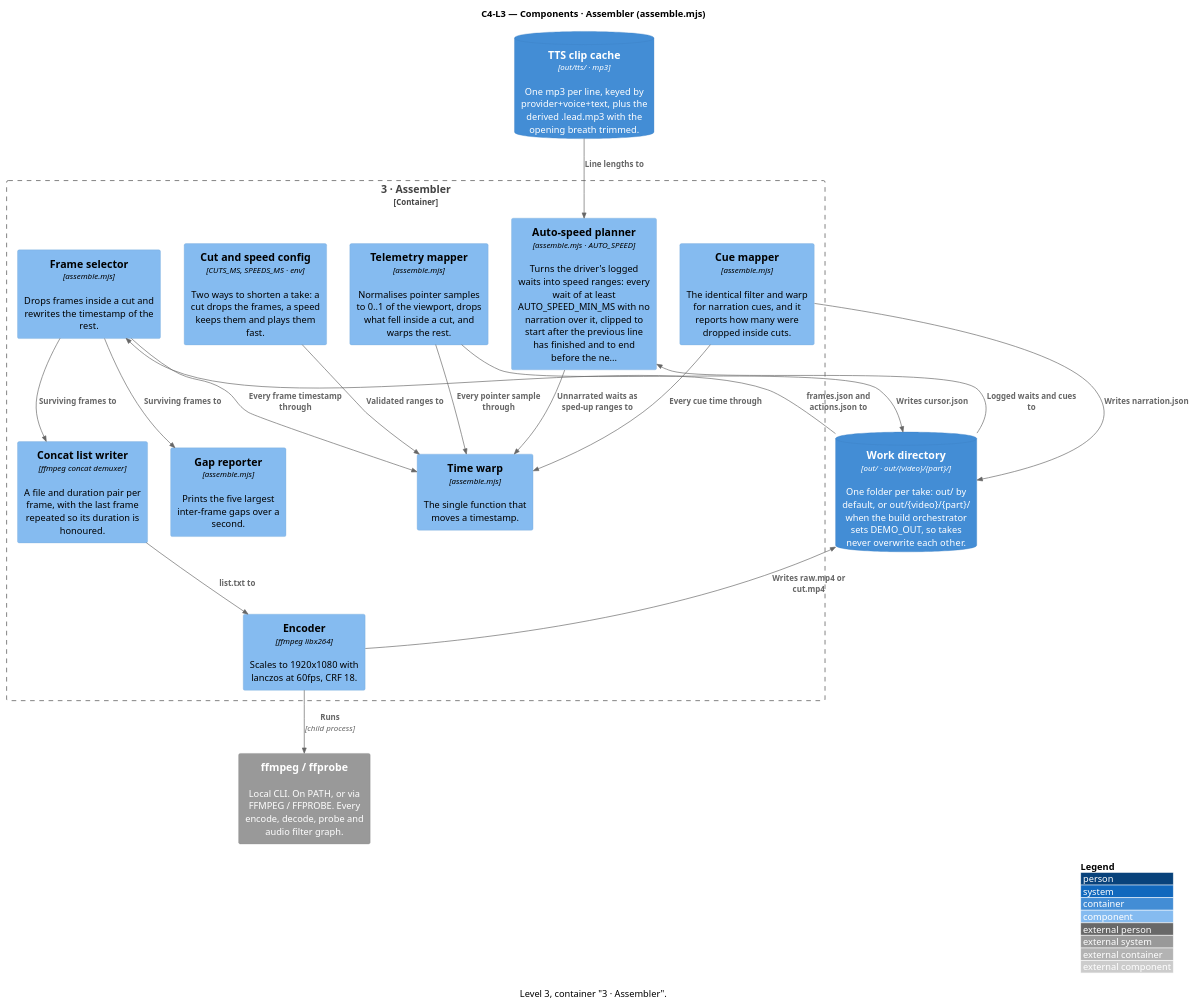
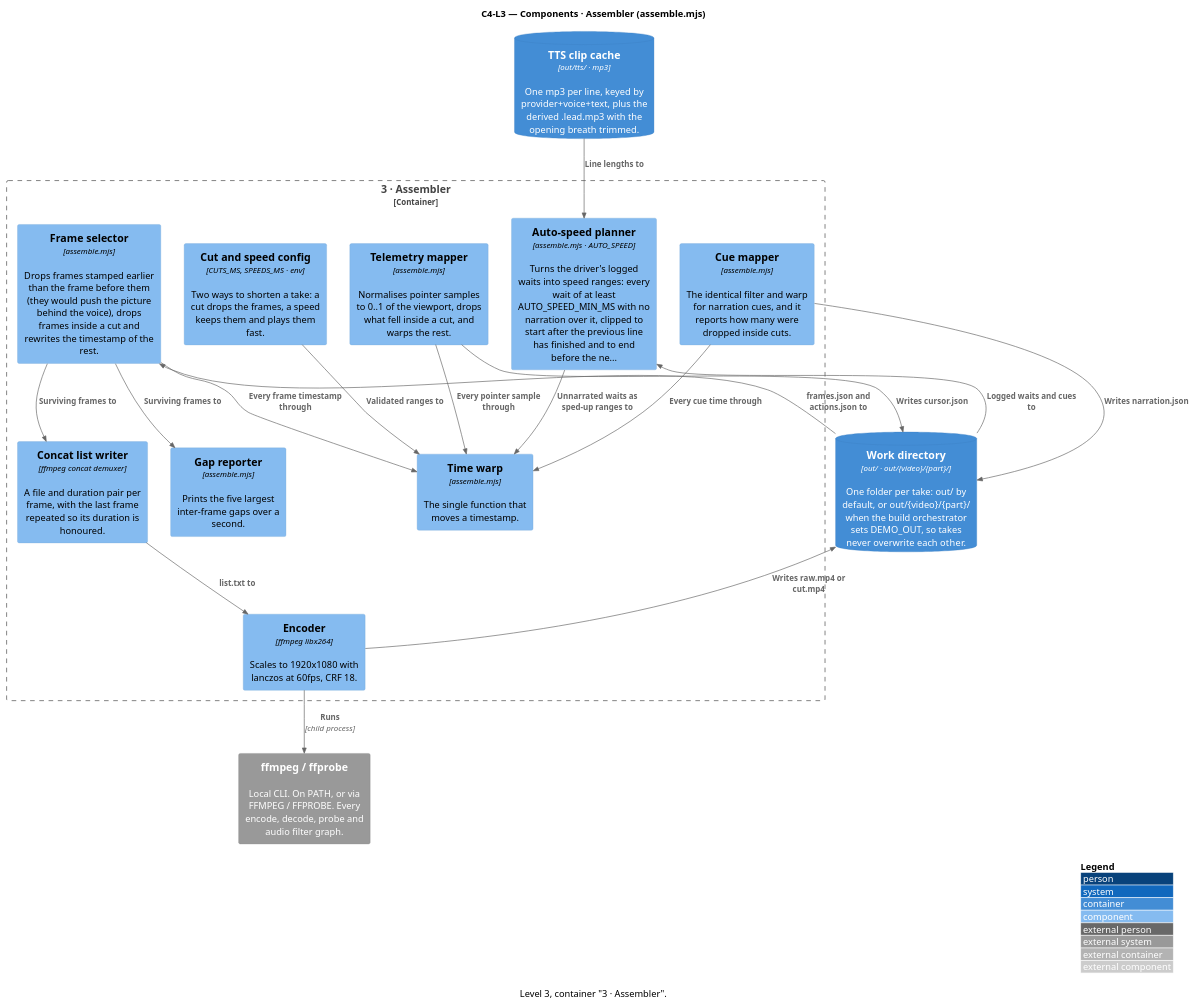
One commit to ssunduko/product-video changed the diagram in docs/c4-l3-assembler.puml. Above: the diagram before and after it, drawn with PlantUML. The commit also changed 14 other files, not shown here.

```diff
--- a/docs/c4-l3-assembler.puml
+++ b/docs/c4-l3-assembler.puml
@@ -1,43 +1,43 @@
 @startuml c4-l3-assembler
 ' Generated by docs/c4-model.mjs — do not edit; edit the model and re-run.
 !include <C4/C4_Component>
 ' No bundled C4 stdlib? Replace the line above with:
 ' !include https://raw.githubusercontent.com/plantuml-stdlib/C4-PlantUML/master/C4_Component.puml
 
 title C4-L3 — Components · Assembler (assemble.mjs)
 caption Level 3, container "3 · Assembler".
 
 ContainerDb(work_directory, "Work directory", "out/ · out/{video}/{part}/", "One folder per take: out/ by default, or out/{video}/{part}/ when the build orchestrator sets DEMO_OUT, so takes never overwrite each other.")
 System_Ext(ffmpeg_ffprobe, "ffmpeg / ffprobe", "Local CLI. On PATH, or via FFMPEG / FFPROBE. Every encode, decode, probe and audio filter graph.")
 ContainerDb(tts_clip_cache, "TTS clip cache", "out/tts/ · mp3", "One mp3 per line, keyed by provider+voice+text, plus the derived .lead.mp3 with the opening breath trimmed.")
 
 Container_Boundary(assembler_2, "3 · Assembler") {
   Component(cut_and_speed_config, "Cut and speed config", "CUTS_MS, SPEEDS_MS · env", "Two ways to shorten a take: a cut drops the frames, a speed keeps them and plays them fast.")
   Component(time_warp, "Time warp", "assemble.mjs", "The single function that moves a timestamp.")
-  Component(frame_selector, "Frame selector", "assemble.mjs", "Drops frames inside a cut and rewrites the timestamp of the rest.")
+  Component(frame_selector, "Frame selector", "assemble.mjs", "Drops frames stamped earlier than the frame before them (they would push the picture behind the voice), drops frames inside a cut and rewrites the timestamp of the rest.")
   Component(gap_reporter, "Gap reporter", "assemble.mjs", "Prints the five largest inter-frame gaps over a second.")
   Component(concat_list_writer, "Concat list writer", "ffmpeg concat demuxer", "A file and duration pair per frame, with the last frame repeated so its duration is honoured.")
   Component(encoder, "Encoder", "ffmpeg libx264", "Scales to 1920x1080 with lanczos at 60fps, CRF 18.")
   Component(telemetry_mapper, "Telemetry mapper", "assemble.mjs", "Normalises pointer samples to 0..1 of the viewport, drops what fell inside a cut, and warps the rest.")
   Component(cue_mapper, "Cue mapper", "assemble.mjs", "The identical filter and warp for narration cues, and it reports how many were dropped inside cuts.")
   Component(auto_speed_planner, "Auto-speed planner", "assemble.mjs · AUTO_SPEED", "Turns the driver's logged waits into speed ranges: every wait of at least AUTO_SPEED_MIN_MS with no narration over it, clipped to start after the previous line has finished and to end before the ne...")
 }
 
 Rel(cut_and_speed_config, time_warp, "Validated ranges to")
 Rel(work_directory, frame_selector, "frames.json and actions.json to")
 Rel(frame_selector, time_warp, "Every frame timestamp through")
 Rel(telemetry_mapper, time_warp, "Every pointer sample through")
 Rel(cue_mapper, time_warp, "Every cue time through")
 Rel(frame_selector, gap_reporter, "Surviving frames to")
 Rel(frame_selector, concat_list_writer, "Surviving frames to")
 Rel(concat_list_writer, encoder, "list.txt to")
 Rel(encoder, ffmpeg_ffprobe, "Runs", "child process")
 Rel(encoder, work_directory, "Writes raw.mp4 or cut.mp4")
 Rel(telemetry_mapper, work_directory, "Writes cursor.json")
 Rel(cue_mapper, work_directory, "Writes narration.json")
 Rel(work_directory, auto_speed_planner, "Logged waits and cues to")
 Rel(tts_clip_cache, auto_speed_planner, "Line lengths to")
 Rel(auto_speed_planner, time_warp, "Unnarrated waits as sped-up ranges to")
 
 LAYOUT_WITH_LEGEND()
 @enduml
```
